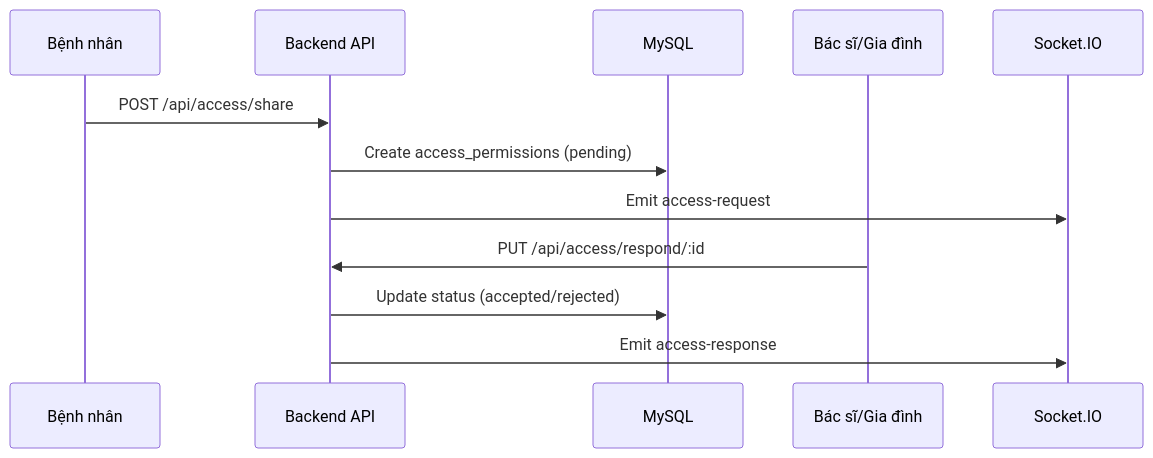
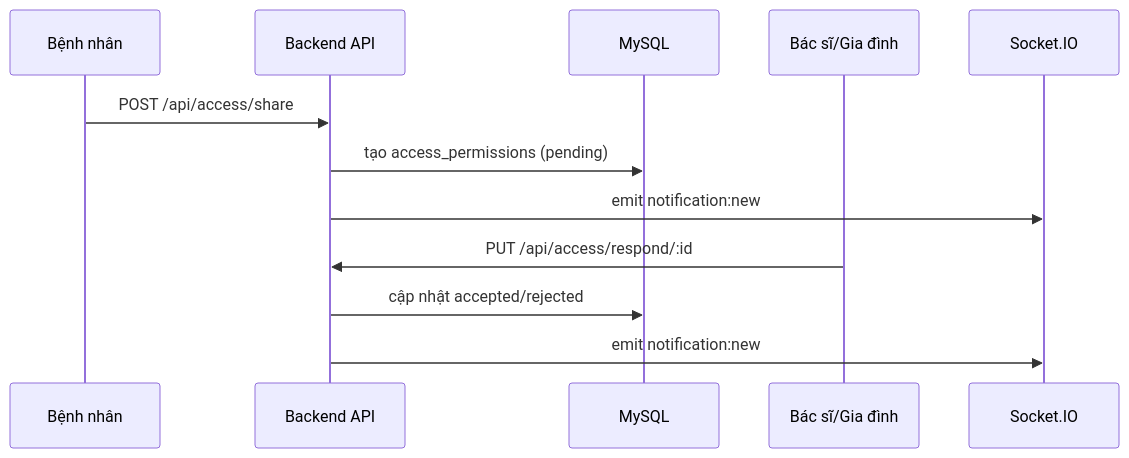
Before and after one commit to KhuongVAnh/ironman_holter: the third of 3 diagrams in server/README.backend.md, drawn with Mermaid. The commit also changed other lines of this file and 18 other files, not shown here.

````diff
--- a/server/README.backend.md
+++ b/server/README.backend.md
@@ -114,15 +293,15 @@
 ```mermaid
 sequenceDiagram
   participant Patient as Bệnh nhân
   participant API as Backend API
   participant DB as MySQL
   participant Viewer as Bác sĩ/Gia đình
   participant Socket as Socket.IO
 
   Patient->>API: POST /api/access/share
-  API->>DB: Create access_permissions (pending)
-  API->>Socket: Emit access-request
+  API->>DB: tạo access_permissions (pending)
+  API->>Socket: emit notification:new
   Viewer->>API: PUT /api/access/respond/:id
-  API->>DB: Update status (accepted/rejected)
-  API->>Socket: Emit access-response
+  API->>DB: cập nhật accepted/rejected
+  API->>Socket: emit notification:new
 ```
````
